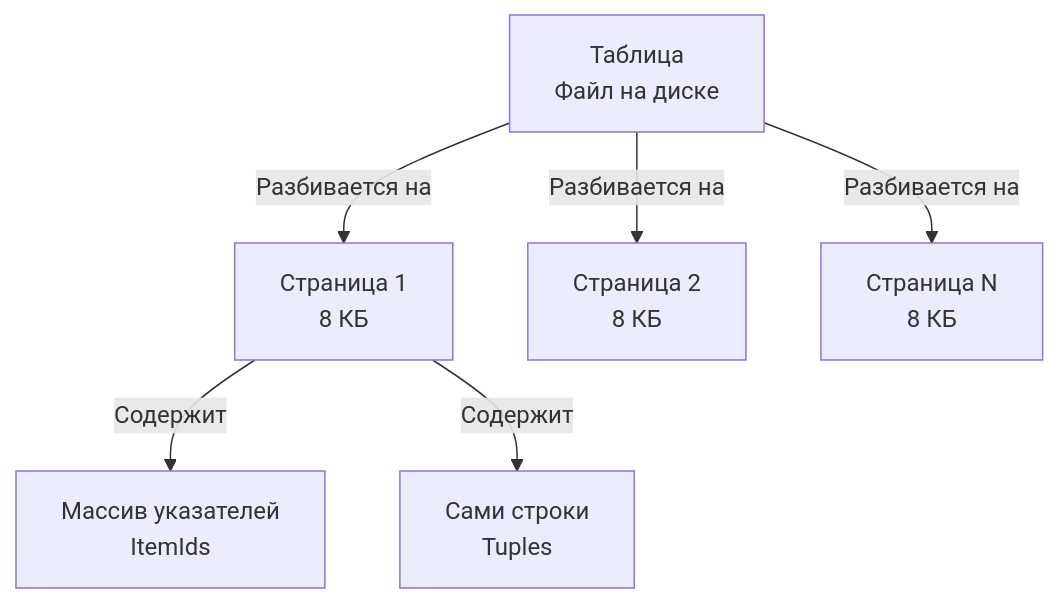
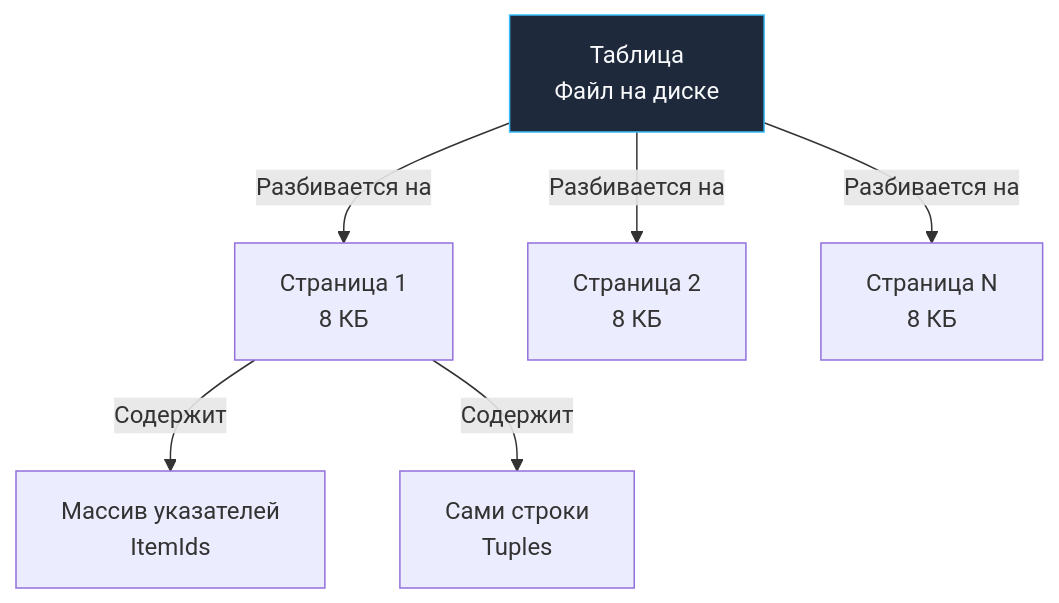
The diagram in sources/12. Базы данных/01. Введение и фундамент/5. Таблицы, строки, столбцы и ключи.md (UnrealTemplier/go-textbook), drawn with Mermaid before and after one commit. The commit also changed 1666 other files, not shown here.

First line of the commit message:
feat(mermaid): add semantic color classDef to 1369 colorless flowchart/graph diagrams

````diff
--- a/sources/12. Базы данных/01. Введение и фундамент/5. Таблицы, строки, столбцы и ключи.md
+++ b/sources/12. Базы данных/01. Введение и фундамент/5. Таблицы, строки, столбцы и ключи.md
@@ -19,9 +19,19 @@
 ```mermaid
 flowchart TD
-    Table["Таблица<br>Файл на диске"] -->|"Разбивается на"| Page1["Страница 1<br>8 КБ"]
+    classDef process  fill:#1e293b,stroke:#38bdf8,stroke-width:1px,color:#f8fafc
+    classDef success  fill:#064e3b,stroke:#34d399,stroke-width:1px,color:#f8fafc
+    classDef error    fill:#7f1d1d,stroke:#f87171,stroke-width:1px,color:#f8fafc
+    classDef warning  fill:#78350f,stroke:#fbbf24,stroke-width:1px,color:#f8fafc
+    classDef entry    fill:#1e3a5f,stroke:#38bdf8,stroke-width:2px,color:#f8fafc
+    classDef aux      fill:#334155,stroke:#64748b,stroke-width:1px,color:#f8fafc
+    classDef system   fill:#312e81,stroke:#a78bfa,stroke-width:1px,color:#f8fafc
+    classDef data     fill:#132d29,stroke:#2dd4bf,stroke-width:1px,color:#f8fafc
+    classDef network  fill:#881337,stroke:#fb7185,stroke-width:1px,color:#f8fafc
+    classDef accent   fill:#1e1b4b,stroke:#818cf8,stroke-width:1px,color:#f8fafc
+    Table["Таблица<br>Файл на диске"]:::process -->|"Разбивается на"| Page1["Страница 1<br>8 КБ"]
     Table -->|"Разбивается на"| Page2["Страница 2<br>8 КБ"]
     Table -->|"Разбивается на"| PageN["Страница N<br>8 КБ"]
     
     Page1 -->|"Содержит"| ItemPointers["Массив указателей<br>ItemIds"]
     Page1 -->|"Содержит"| Rows["Сами строки<br>Tuples"]
 ```
````
